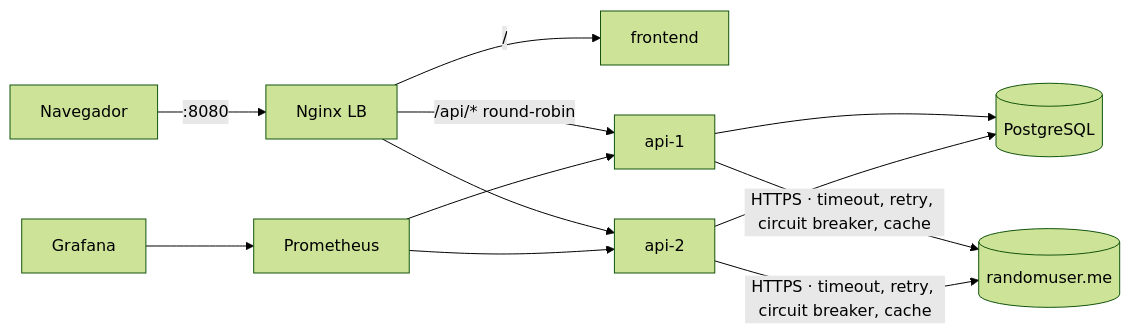
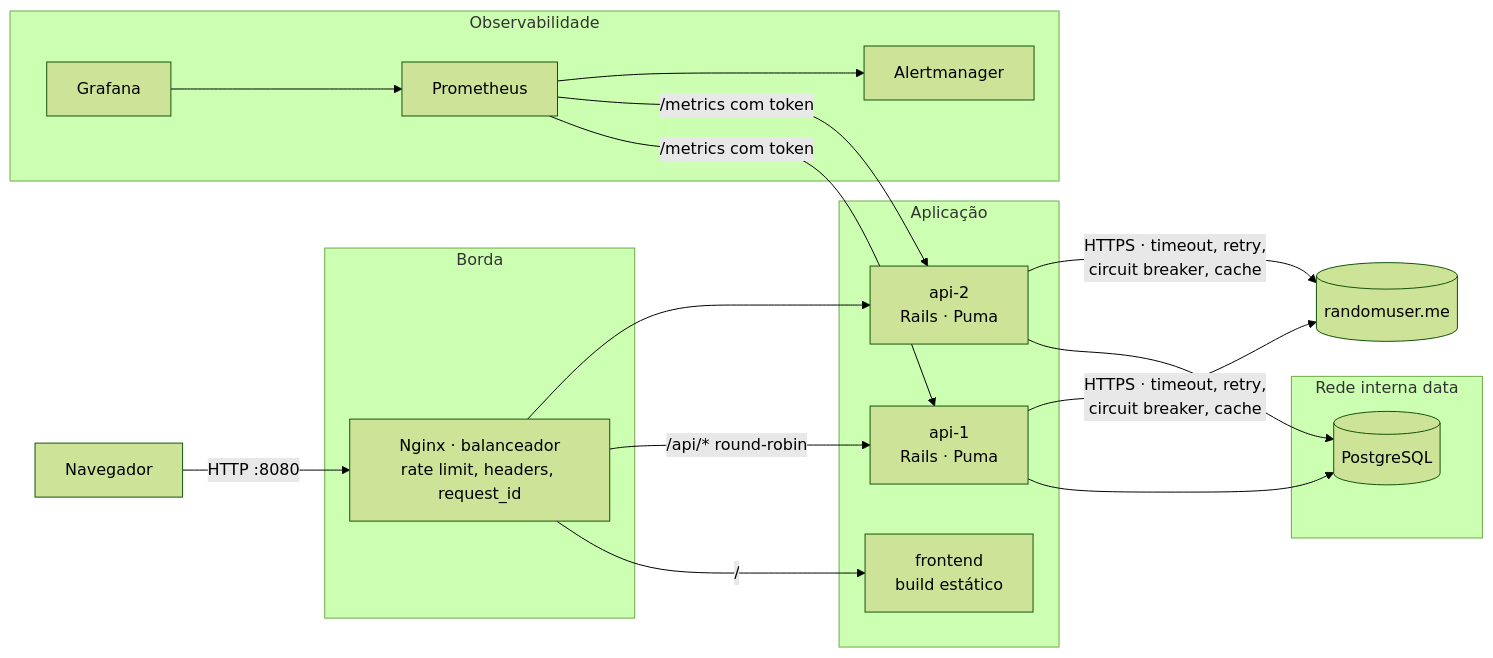
One commit to soninhoxs/Desafio_Tecnico_AppSec---DEVOPS changed the first of 2 diagrams in README.md. Above: the diagram before and after it, drawn with Mermaid (forest theme). The commit also changed other lines of this file, not shown here.

````diff
--- a/README.md
+++ b/README.md
@@ -68,11 +78,34 @@
 ```mermaid
 flowchart LR
-  U[Navegador] -->|:8080| LB[Nginx LB]
-  LB -->|/| FE[frontend]
-  LB -->|/api/* round-robin| A1[api-1]
-  LB --> A2[api-2]
-  A1 & A2 --> DB[(PostgreSQL)]
-  A1 & A2 -->|HTTPS · timeout, retry, circuit breaker, cache| EXT[(randomuser.me)]
-  PR[Prometheus] --> A1 & A2
-  GR[Grafana] --> PR
+    U[Navegador]
+
+    subgraph Borda
+        LB["Nginx · balanceador<br/>rate limit, headers, request_id"]
+    end
+
+    subgraph App[Aplicação]
+        FE["frontend<br/>build estático"]
+        A1["api-1<br/>Rails · Puma"]
+        A2["api-2<br/>Rails · Puma"]
+    end
+
+    subgraph Dados[Rede interna data]
+        DB[(PostgreSQL)]
+    end
+
+    subgraph Obs[Observabilidade]
+        PR[Prometheus]
+        AM[Alertmanager]
+        GR[Grafana]
+    end
+
+    U -->|HTTP :8080| LB
+    LB -->|/| FE
+    LB -->|/api/* round-robin| A1
+    LB --> A2
+    A1 & A2 --> DB
+    A1 & A2 -->|HTTPS · timeout, retry,<br/>circuit breaker, cache| EXT[(randomuser.me)]
+    PR -->|/metrics com token| A1 & A2
+    PR --> AM
+    GR --> PR
 ```
````
